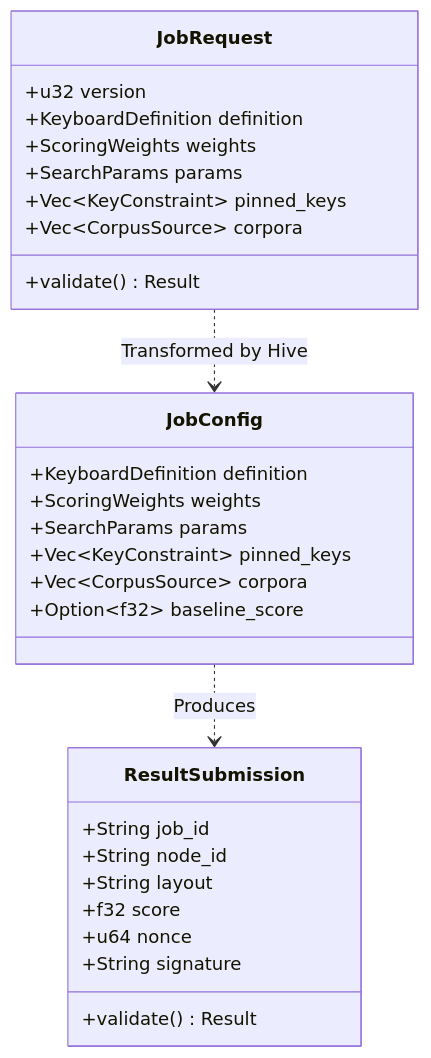
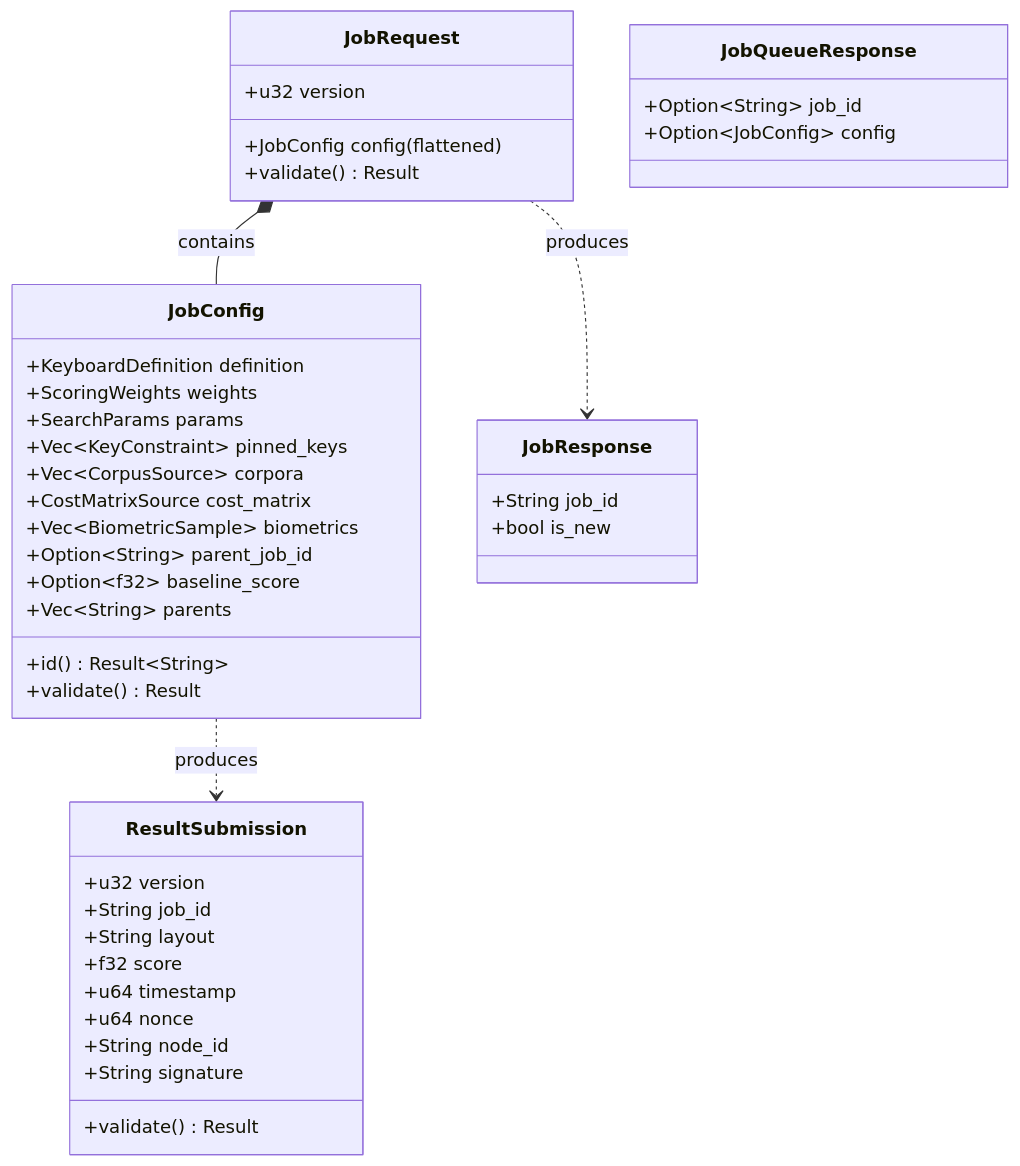
Before and after one commit to infodungeon/keyforge: the first of 4 diagrams in docs/design/keyforge-protocol/README.md, drawn with Mermaid. The commit also changed other lines of this file and 63 other files, not shown here.

````diff
--- a/docs/design/keyforge-protocol/README.md
+++ b/docs/design/keyforge-protocol/README.md
@@ -15,38 +13,53 @@
 ```mermaid
 classDiagram
     %% --- Client -> Server ---
     class JobRequest {
         +u32 version
-        +KeyboardDefinition definition
-        +ScoringWeights weights
-        +SearchParams params
-        +Vec~KeyConstraint~ pinned_keys
-        +Vec~CorpusSource~ corpora
+        +JobConfig config (flattened)
         +validate() Result
     }
 
-    %% --- Server -> Worker ---
     class JobConfig {
         +KeyboardDefinition definition
         +ScoringWeights weights
         +SearchParams params
         +Vec~KeyConstraint~ pinned_keys
         +Vec~CorpusSource~ corpora
+        +CostMatrixSource cost_matrix
+        +Vec~BiometricSample~ biometrics
+        +Option~String~ parent_job_id
         +Option~f32~ baseline_score
+        +Vec~String~ parents
+        +id() Result~String~
+        +validate() Result
+    }
+
+    %% --- Server Responses ---
+    class JobResponse {
+        +String job_id
+        +bool is_new
+    }
+
+    class JobQueueResponse {
+        +Option~String~ job_id
+        +Option~JobConfig~ config
     }
 
     %% --- Worker -> Server ---
     class ResultSubmission {
+        +u32 version
         +String job_id
-        +String node_id
         +String layout
         +f32 score
+        +u64 timestamp
         +u64 nonce
+        +String node_id
         +String signature
         +validate() Result
     }
 
     %% --- Relationships ---
-    JobRequest ..> JobConfig : Transformed by Hive
-    JobConfig ..> ResultSubmission : Produces
+    JobRequest *-- JobConfig : contains
+    JobRequest ..> JobResponse : produces
+    JobConfig ..> ResultSubmission : produces
 ```
````
